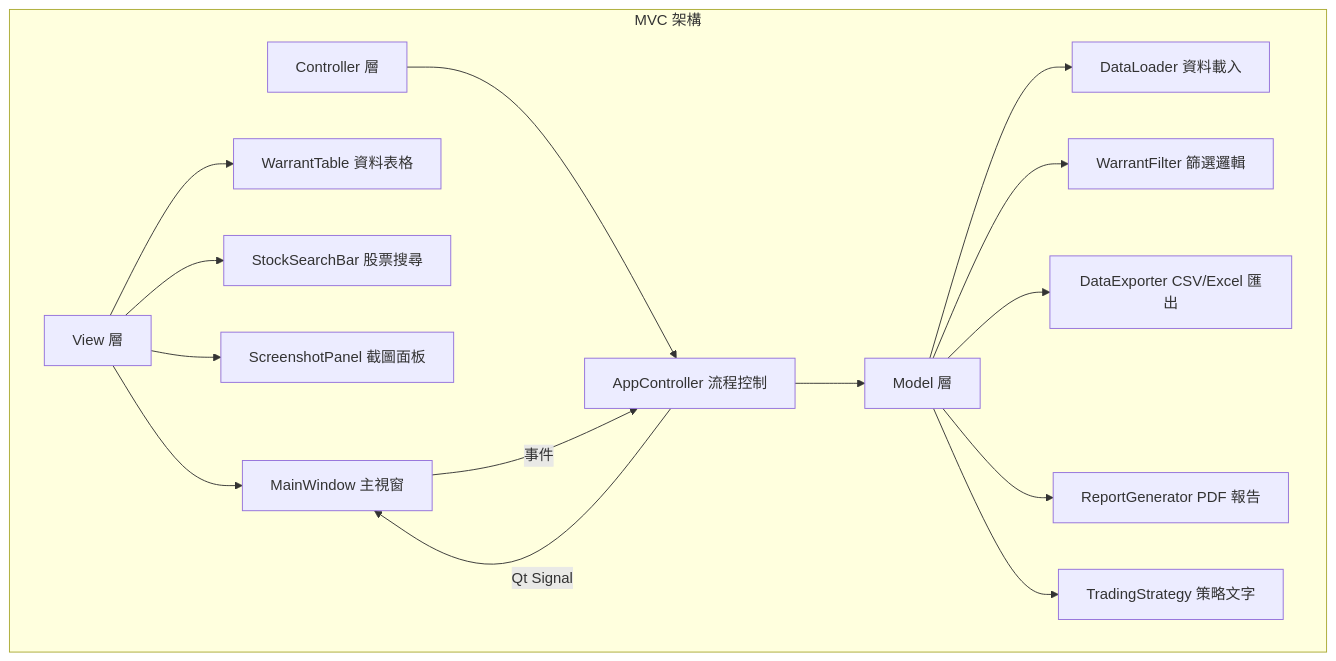
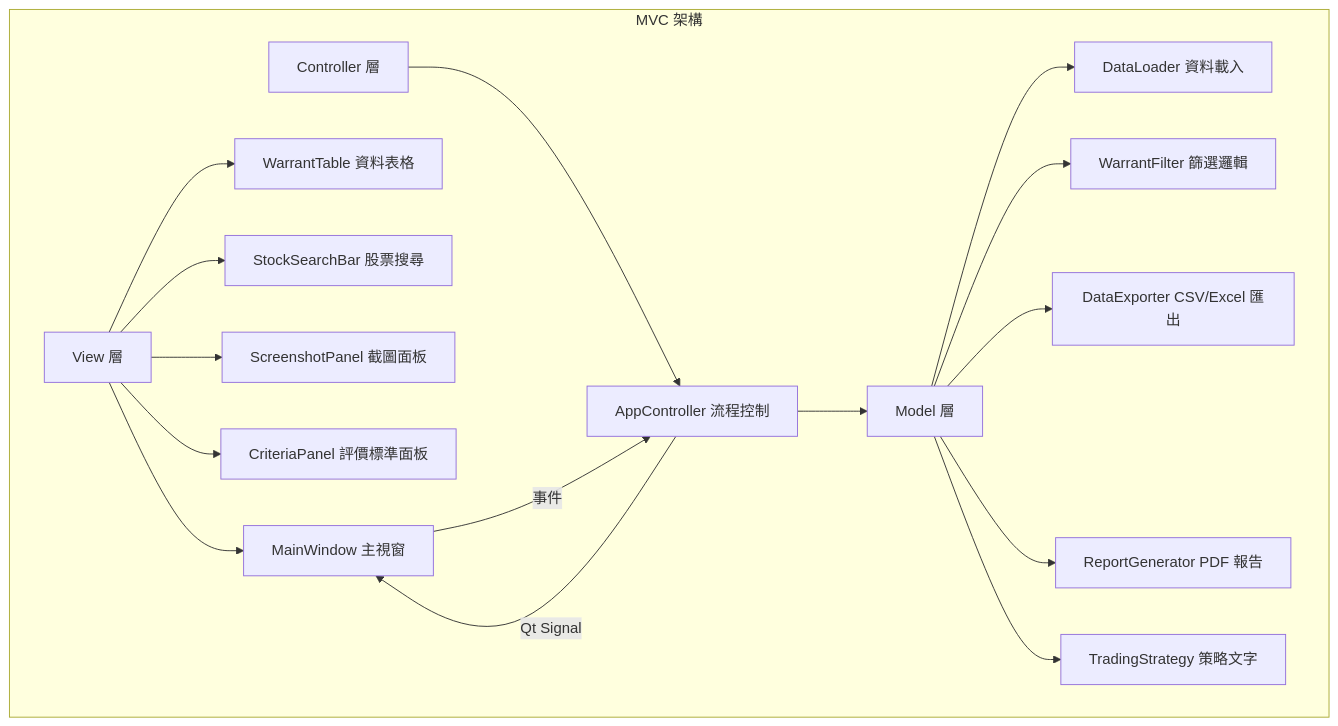
Before and after one commit to kkla1016/w-insight: the first of 10 diagrams in spec.md, drawn with Mermaid. The commit also changed 2 other files, not shown here.

Commit message:
feat: 在左側邊欄新增 V1.0 (V0) 與 V2.0 評價權證篩選標準的條列說明展示欄位

````diff
--- a/spec.md
+++ b/spec.md
@@ -22,18 +22,19 @@
 ```mermaid
 graph TB
     subgraph "MVC 架構"
         M[Model 層] --> M1[DataLoader 資料載入]
         M --> M2[WarrantFilter 篩選邏輯]
         M --> M3[DataExporter CSV/Excel 匯出]
         M --> M4[ReportGenerator PDF 報告]
         M --> M5[TradingStrategy 策略文字]
         V[View 層] --> V1[MainWindow 主視窗]
         V --> V2[WarrantTable 資料表格]
         V --> V3[StockSearchBar 股票搜尋]
         V --> V4[ScreenshotPanel 截圖面板]
+        V --> V5[CriteriaPanel 評價標準面板]
         C[Controller 層] --> C1[AppController 流程控制]
     end
     C1 -->|Qt Signal| V1
     V1 -->|事件| C1
     C1 --> M
 ```
````
